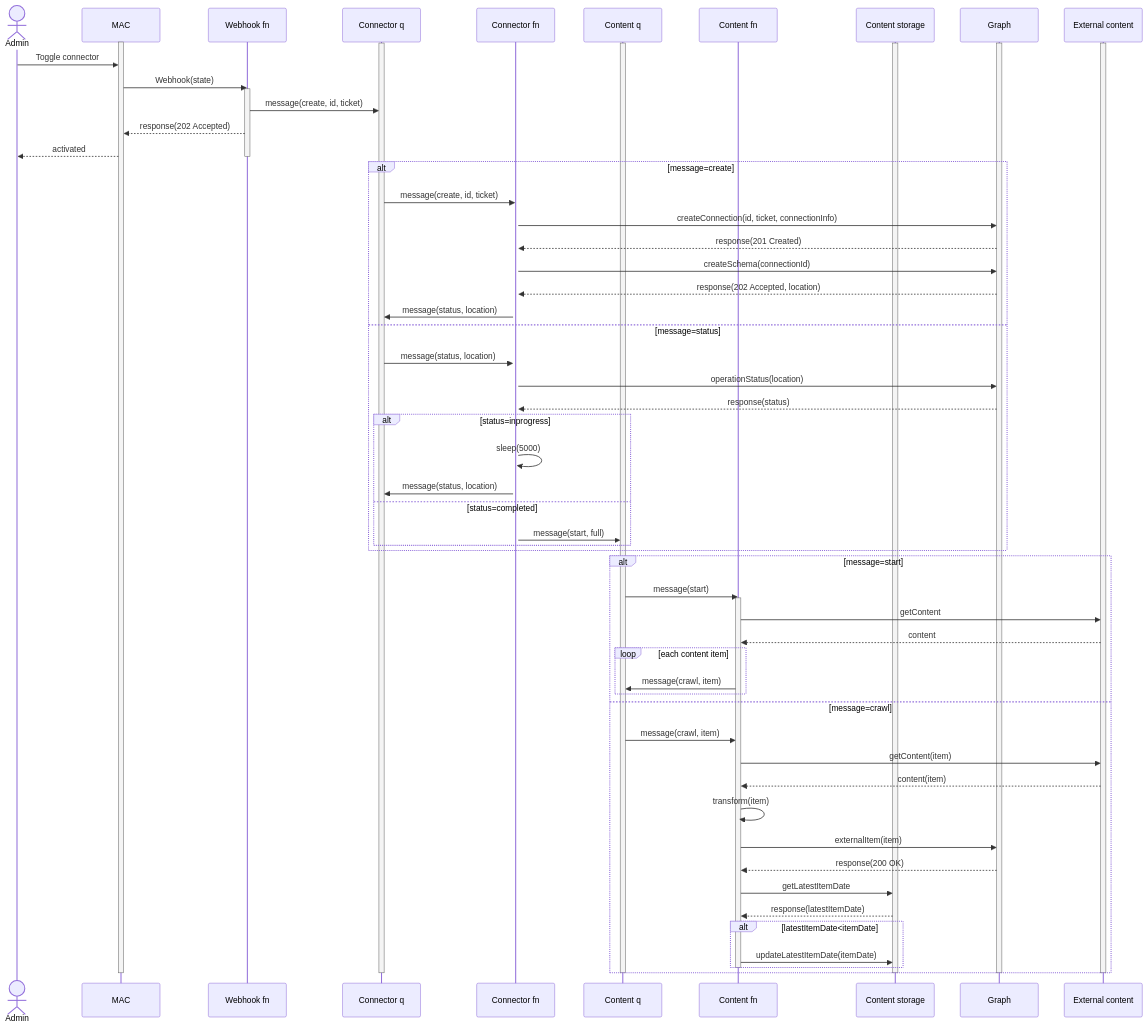
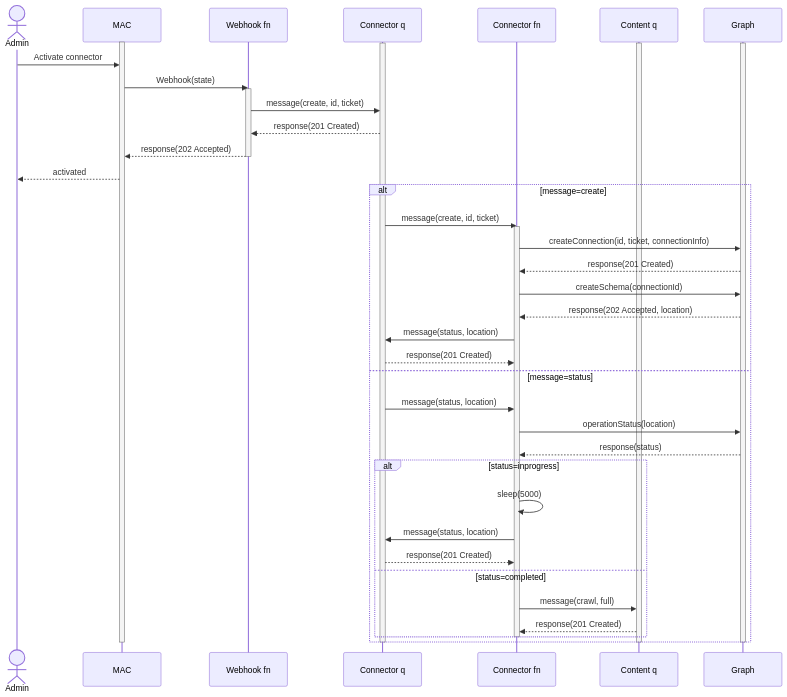
The first of 5 diagrams in readme.md (garrytrinder/food-catalog-graph-connector), drawn with Mermaid before and after one commit. The commit also changed other lines of this file, not shown here.

Commit message:
Updates diagrams

````diff
--- a/readme.md
+++ b/readme.md
@@ -21,82 +21,54 @@
 ```mermaid
 sequenceDiagram
   actor Admin
   participant MAC
   participant Webhook fn
   participant Connector q
   participant Connector fn
   participant Content q
-  participant Content fn
-  participant Content storage
   participant Graph
-  participant External content
   
   activate MAC
   activate Connector q
   activate Content q
-  activate Content storage
   activate Graph
-  activate External content
 
-  Admin->>MAC:Toggle connector
+  Admin->>MAC:Activate connector
   MAC->>Webhook fn:Webhook(state)
   activate Webhook fn
   Webhook fn->>Connector q:message(create, id, ticket)
+  Connector q-->>Webhook fn:response(201 Created)
   Webhook fn-->>MAC:response(202 Accepted)
+  deactivate Webhook fn
   MAC-->>Admin:activated
-  deactivate Webhook fn
 
   alt message=create
     Connector q->>Connector fn:message(create, id, ticket)
     activate Connector fn
     Connector fn->>Graph:createConnection(id, ticket, connectionInfo)
     Graph-->>Connector fn:response(201 Created)
     Connector fn->>Graph:createSchema(connectionId)
     Graph-->>Connector fn:response(202 Accepted, location)
     Connector fn->>Connector q:message(status, location)
+    Connector q-->>Connector fn:response(201 Created)
   else message=status
     Connector q->>Connector fn:message(status, location)
     Connector fn->>Graph:operationStatus(location)
     Graph-->>Connector fn:response(status)
     
     alt status=inprogress
       Connector fn->>Connector fn:sleep(5000)
       Connector fn->>Connector q:message(status, location)
+      Connector q-->>Connector fn:response(201 Created)
     else status=completed
-      Connector fn->>Content q:message(start, full)
+      Connector fn->>Content q:message(crawl, full)
+      Content q-->>Connector fn:response(201 Created)
     end
-  end
-
-  alt message=start
-    Content q->>Content fn:message(start)
-    activate Content fn
-    Content fn->>External content:getContent
-    External content-->>Content fn:content
-    
-    loop each content item
-      Content fn->>Content q:message(crawl, item)
-    end
-  else message=crawl
-    Content q->>Content fn:message(crawl, item)
-    Content fn->>External content:getContent(item)
-    External content-->>Content fn:content(item)
-    Content fn->>Content fn:transform(item)
-    Content fn->>Graph:externalItem(item)
-    Graph-->>Content fn:response(200 OK)
-
-    Content fn->>Content storage:getLatestItemDate
-    Content storage-->>Content fn:response(latestItemDate)
-
-    alt latestItemDate<itemDate
-      Content fn->>Content storage:updateLatestItemDate(itemDate)
-    end
-    deactivate Content fn
+    deactivate Connector fn
   end
   
-  deactivate External content
   deactivate Graph
   deactivate Content q
-  deactivate Content storage
   deactivate Connector q
   deactivate MAC
 ```
````
